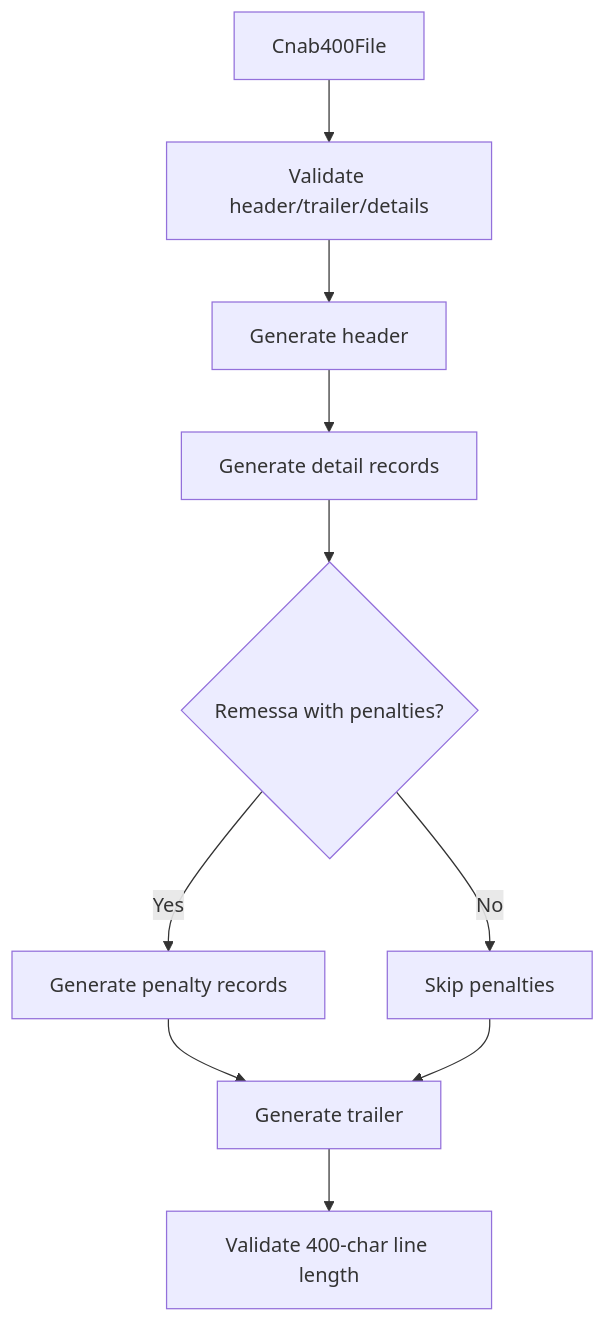
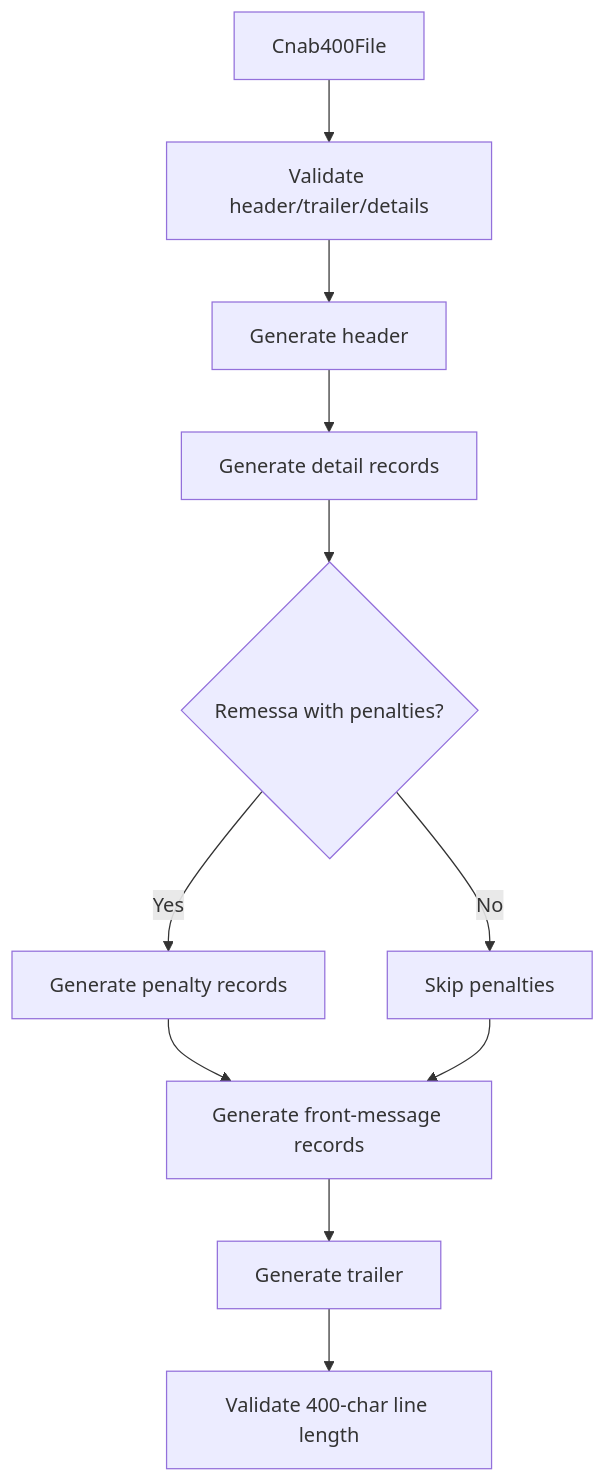
One commit to linkiez/BoletoSDK changed the diagram in src/generators/cnab400/Cnab400Generator.doc.md. Above: the diagram before and after it, drawn with Mermaid. The commit also changed other lines of this file and 9 other files, not shown here.

Commit message:
feat(cnab400): support front message records

````diff
--- a/src/generators/cnab400/Cnab400Generator.doc.md
+++ b/src/generators/cnab400/Cnab400Generator.doc.md
@@ -26,12 +28,13 @@
 ```mermaid
 flowchart TD
   A[Cnab400File] --> B[Validate header/trailer/details]
   B --> C[Generate header]
   C --> D[Generate detail records]
   D --> E{Remessa with penalties?}
   E -->|Yes| F[Generate penalty records]
   E -->|No| G[Skip penalties]
-  F --> H[Generate trailer]
+  F --> H[Generate front-message records]
   G --> H
-  H --> I[Validate 400-char line length]
+  H --> I[Generate trailer]
+  I --> J[Validate 400-char line length]
 ```
````
